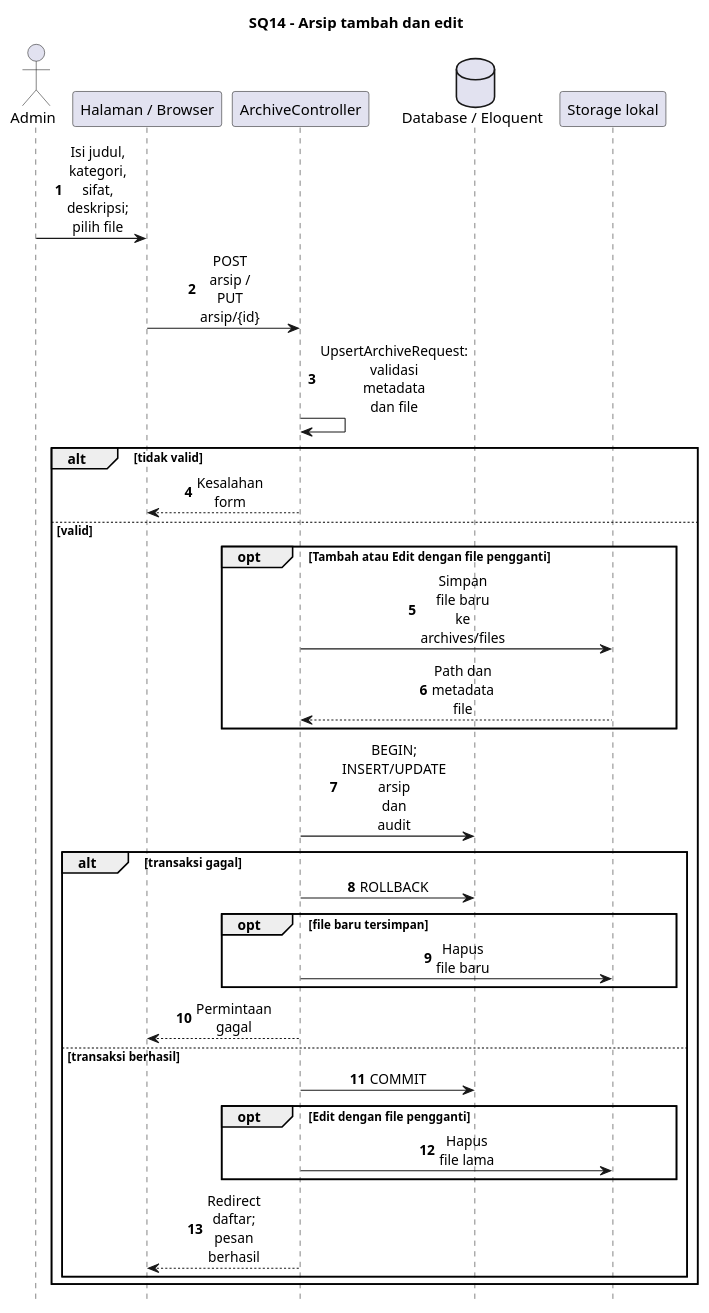
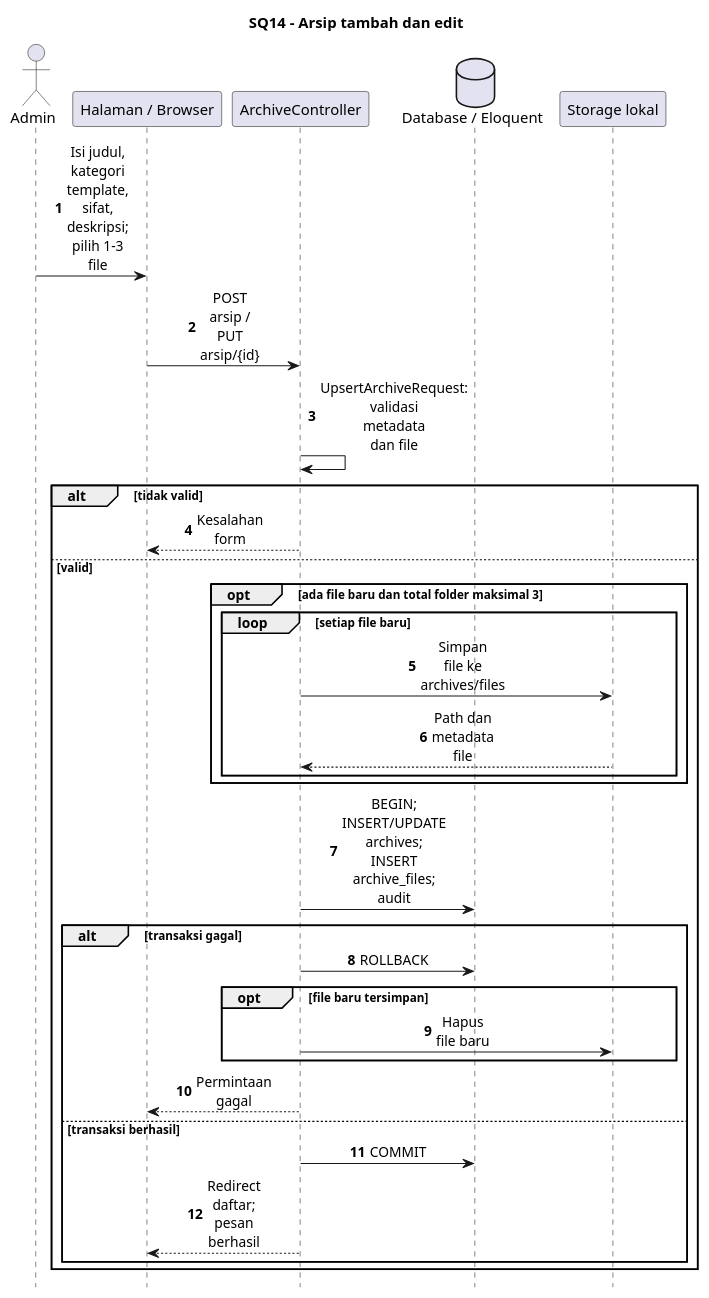
One commit to Samuel-smr/Satpolpp changed diagram 14 of 21 in docs/SIPRAJA-sequence.puml. Above: the diagram before and after it, drawn with PlantUML. The commit also changed other lines of this file and 33 other files, not shown here.

Commit message:
Perbarui arsip multi-file dan filter admin

```diff
--- a/docs/SIPRAJA-sequence.puml
+++ b/docs/SIPRAJA-sequence.puml
@@ -515,38 +517,37 @@
 @startuml SQ14
 title SQ14 - Arsip tambah dan edit
 hide footbox
 skinparam shadowing false
 skinparam sequenceMessageAlign center
 skinparam maxMessageSize 55
 autonumber
 actor "Admin" as A
 participant "Halaman / Browser" as B
 participant "ArchiveController" as C
 database "Database / Eloquent" as D
 participant "Storage lokal" as F
-A -> B : Isi judul, kategori, sifat, deskripsi; pilih file
+A -> B : Isi judul, kategori template, sifat, deskripsi; pilih 1-3 file
 B -> C : POST arsip / PUT arsip/{id}
 C -> C : UpsertArchiveRequest: validasi metadata dan file
 alt tidak valid
 C --> B : Kesalahan form
 else valid
-opt Tambah atau Edit dengan file pengganti
-C -> F : Simpan file baru ke archives/files
+opt ada file baru dan total folder maksimal 3
+loop setiap file baru
+C -> F : Simpan file ke archives/files
 F --> C : Path dan metadata file
 end
-C -> D : BEGIN; INSERT/UPDATE arsip dan audit
+end
+C -> D : BEGIN; INSERT/UPDATE archives; INSERT archive_files; audit
 alt transaksi gagal
 C -> D : ROLLBACK
 opt file baru tersimpan
 C -> F : Hapus file baru
 end
 C --> B : Permintaan gagal
 else transaksi berhasil
 C -> D : COMMIT
-opt Edit dengan file pengganti
-C -> F : Hapus file lama
-end
 C --> B : Redirect daftar; pesan berhasil
 end
 end
 @enduml
```
